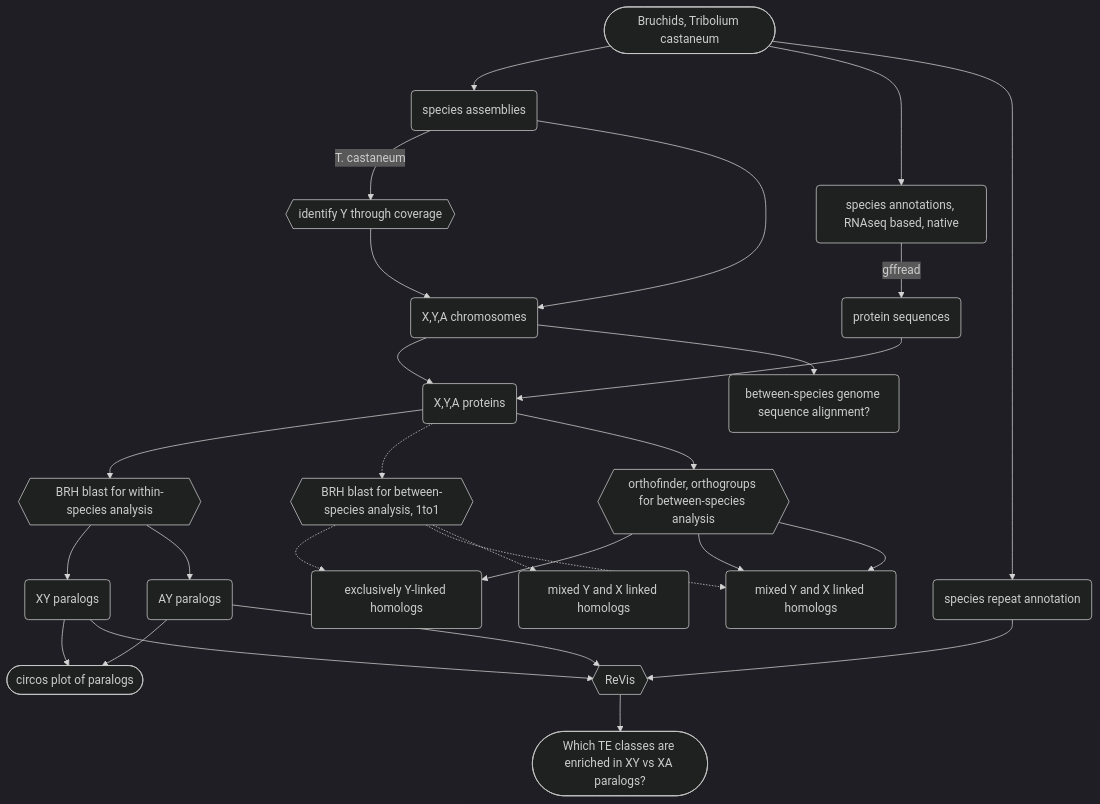
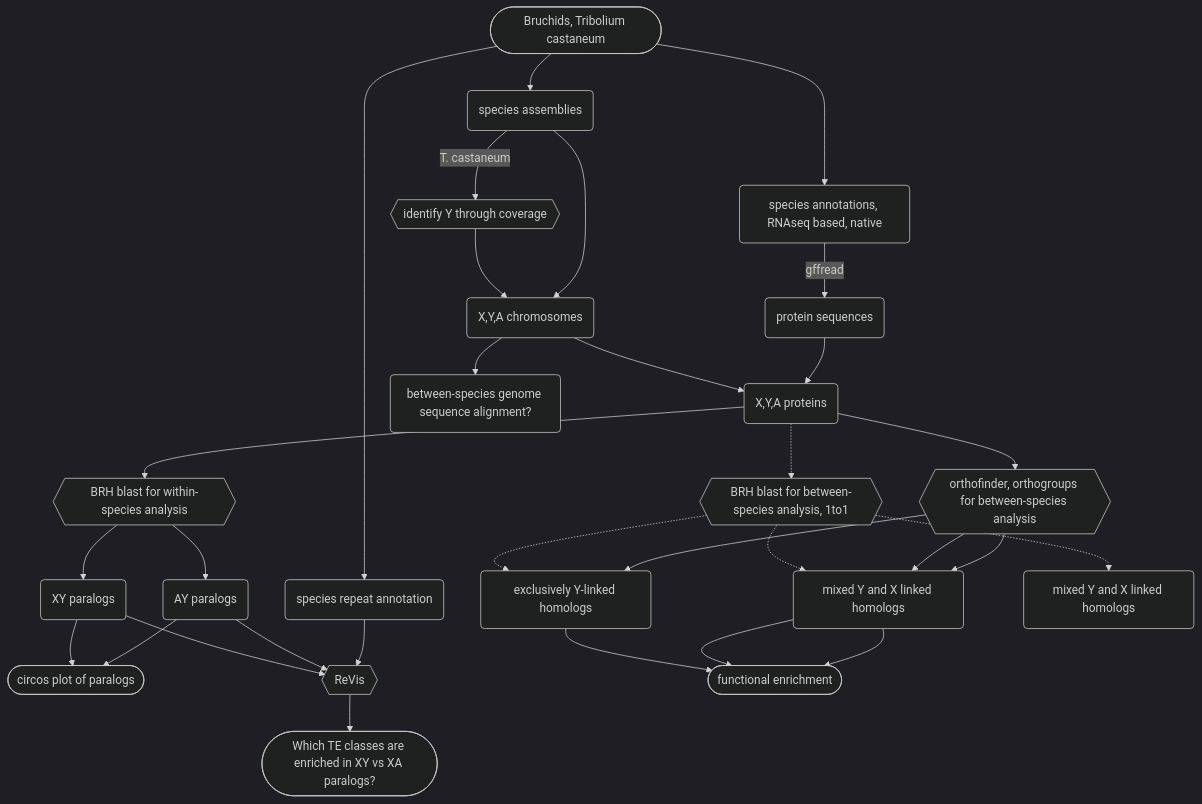
One commit to milena-t/PhD_chapter2 changed the diagram in README.md. Above: the diagram before and after it, drawn with Mermaid (dark theme).

````diff
--- a/README.md
+++ b/README.md
@@ -9,45 +9,49 @@
 ```mermaid
 graph TD;
 
     species([Bruchids, Tribolium castaneum]);
 
     species --> species_Ass(species assemblies);
     species --> species_Ann(species annotations, RNAseq based, native);
     species --> species_rep(species repeat annotation)
     species_Ass -- T. castaneum --> Tcas_Y_chr{{identify Y through coverage}};
     Tcas_Y_chr --> all_chr(X,Y,A chromosomes);
     species_Ass --> all_chr;
 
     species_Ann -- gffread --> proteins(protein sequences);
     blast{{BRH blast for within-species analysis}};
     blast_between{{BRH blast for between-species analysis, 1to1}};
     orthofinder{{orthofinder, orthogroups for between-species analysis}};
 
     all_chr --> all_prot(X,Y,A proteins);
     proteins --> all_prot;
 
     all_prot --> blast;
     blast --> xy(XY paralogs);
     blast --> ay(AY paralogs);
 
     all_prot .-> blast_between;
     blast_between .-> Y_hom(exclusively Y-linked homologs);
     blast_between .-> YA_hom(mixed Y and A linked homologs);
     blast_between .-> YX_hom(mixed Y and X linked homologs);
 
     all_prot --> orthofinder;
     orthofinder --> Y_hom(exclusively Y-linked homologs);
     orthofinder --> YA_hom(mixed Y and A linked homologs);
     orthofinder --> YA_hom(mixed Y and X linked homologs);
 
     all_chr --> wgs_al(between-species genome sequence alignment?)
 
     xy --> circos([circos plot of paralogs]);
     ay --> circos;
 
     xy --> revis{{ReVis}};
     ay --> revis;
     species_rep --> revis;
 
     revis --> questions([Which TE classes are enriched in XY vs XA paralogs?])
+
+    Y_hom --> function([functional enrichment]);
+    YA_hom --> function;
+    YA_hom --> function;    
 ```   
````
